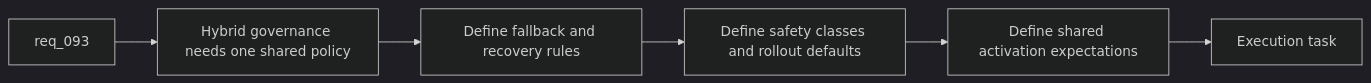
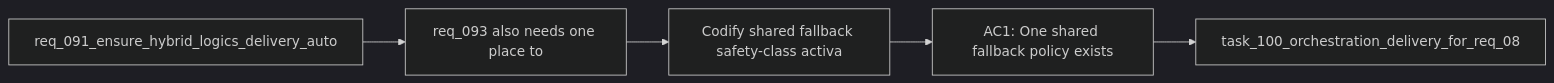
One commit to AlexAgo83/logics-manager changed the diagram in logics/backlog/item_151_codify_shared_fallback_safety_class_activation_and_rollout_rules_for_hybrid_assist_flows.md. Above: the diagram before and after it, drawn with Mermaid (dark theme). The commit also changed 481 other files, not shown here.

````diff
--- a/logics/backlog/item_151_codify_shared_fallback_safety_class_activation_and_rollout_rules_for_hybrid_assist_flows.md
+++ b/logics/backlog/item_151_codify_shared_fallback_safety_class_activation_and_rollout_rules_for_hybrid_assist_flows.md
@@ -28,10 +28,9 @@
 ```mermaid
 %% logics-kind: backlog
 %% logics-signature: backlog|codify-shared-fallback-safety-class-acti|req-091-ensure-hybrid-logics-delivery-au|req-093-also-needs-one-place-to|ac1-one-shared-fallback-policy-exists
 flowchart LR
-    Request[req_093] --> Problem[Hybrid governance needs one shared policy]
-    Problem --> Fallback[Define fallback and recovery rules]
-    Fallback --> Safety[Define safety classes and rollout defaults]
-    Safety --> Activate[Define shared activation expectations]
-    Activate --> Done[Execution task]
+    Request[req_091_ensure_hybrid_logics_delivery_auto] --> Problem[req_093 also needs one place to]
+    Problem --> Scope[Codify shared fallback safety-class activa]
+    Scope --> Acceptance[AC1: One shared fallback policy exists]
+    Acceptance --> Tasks[task_100_orchestration_delivery_for_req_08]
 ```
````
